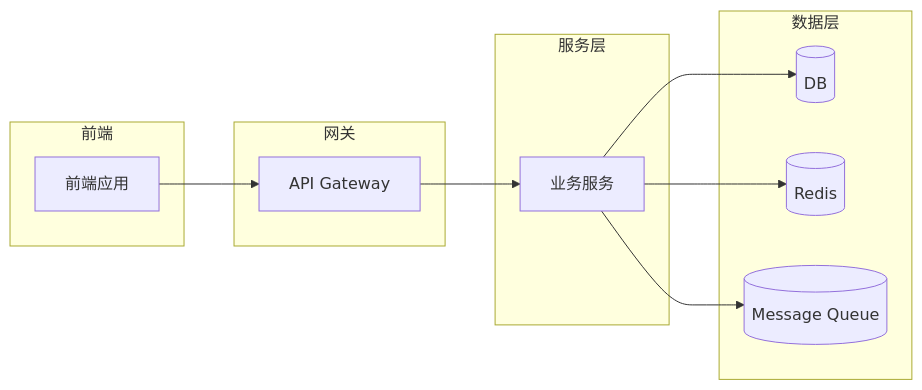
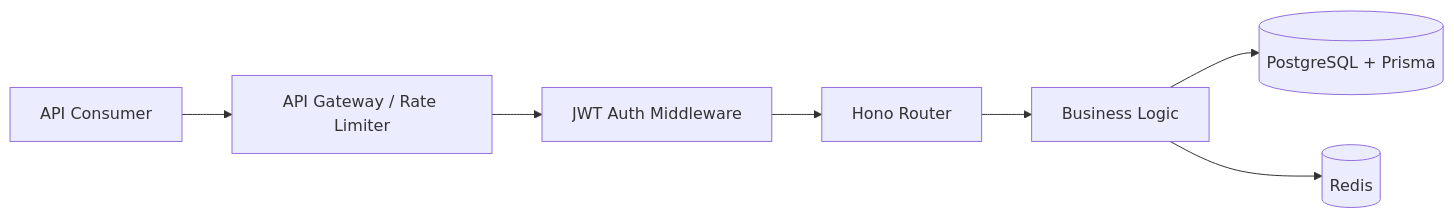
Before and after one commit to tavisWei/omo-specflow: the second of 7 diagrams in .opencode/spec-templates/02-技术架构.md, drawn with Mermaid. The commit also changed other lines of this file and 3 other files, not shown here.

````diff
--- a/.opencode/spec-templates/02-技术架构.md
+++ b/.opencode/spec-templates/02-技术架构.md
@@ -115,26 +47,9 @@
 ```mermaid
 graph LR
-    subgraph Frontend["前端"]
-        FE[前端应用]
-    end
-
-    subgraph Gateway["网关"]
-        GW[API Gateway]
-    end
-
-    subgraph Service["服务层"]
-        SV[业务服务]
-    end
-
-    subgraph Data["数据层"]
-        DB[(DB)]
-        RC[(Redis)]
-        MQ[(Message Queue)]
-    end
-
-    FE --> GW
-    GW --> SV
-    SV --> DB
-    SV --> RC
-    SV --> MQ
+    Client["API Consumer"] --> GW["API Gateway / Rate Limiter"]
+    GW --> Auth["JWT Auth Middleware"]
+    Auth --> Router["Hono Router"]
+    Router --> Service["Business Logic"]
+    Service --> DB[("PostgreSQL + Prisma")]
+    Service --> Cache[("Redis")]
 ```
````
